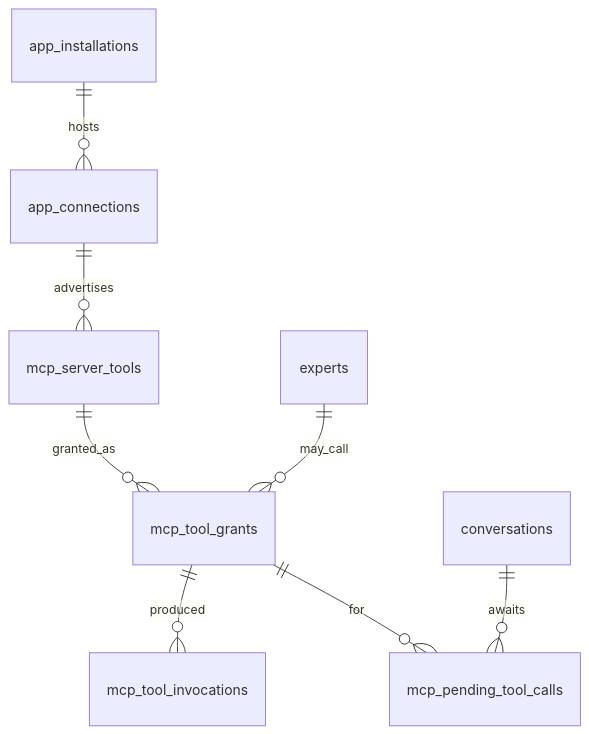
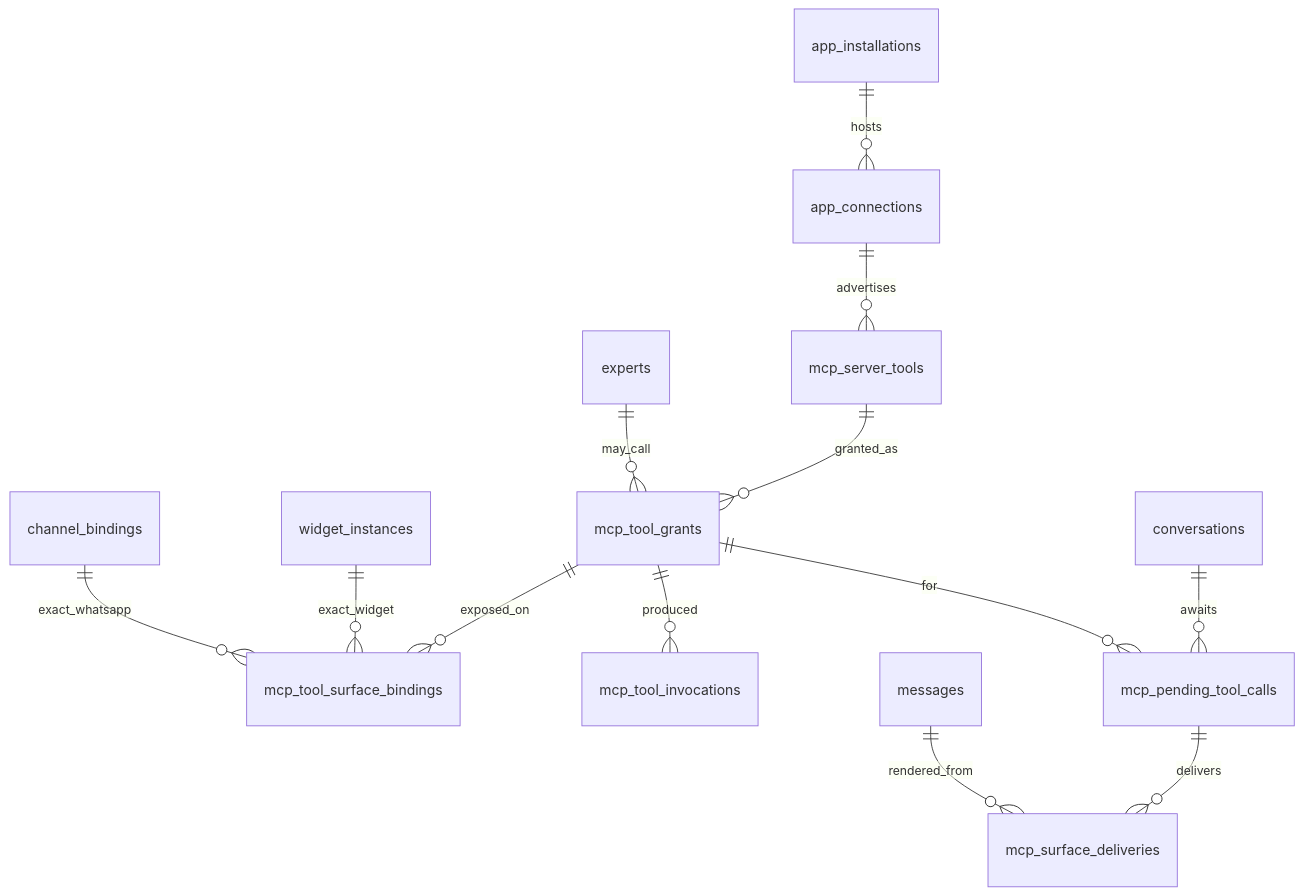
One commit to Geem-Ai/Geem-Platform changed the diagram in .cursor/plans/mcp.plan.md. Above: the diagram before and after it, drawn with Mermaid. The commit also changed other lines of this file and 2 other files, not shown here.

````diff
--- a/.cursor/plans/mcp.plan.md
+++ b/.cursor/plans/mcp.plan.md
@@ -122,10 +261,15 @@
 ```mermaid
 erDiagram
   app_installations ||--o{ app_connections : hosts
   app_connections ||--o{ mcp_server_tools : advertises
   mcp_server_tools ||--o{ mcp_tool_grants : granted_as
   experts ||--o{ mcp_tool_grants : may_call
+  mcp_tool_grants ||--o{ mcp_tool_surface_bindings : exposed_on
+  widget_instances ||--o{ mcp_tool_surface_bindings : exact_widget
+  channel_bindings ||--o{ mcp_tool_surface_bindings : exact_whatsapp
   mcp_tool_grants ||--o{ mcp_tool_invocations : produced
   conversations ||--o{ mcp_pending_tool_calls : awaits
   mcp_tool_grants ||--o{ mcp_pending_tool_calls : for
+  mcp_pending_tool_calls ||--o{ mcp_surface_deliveries : delivers
+  messages ||--o{ mcp_surface_deliveries : rendered_from
 ```
````
